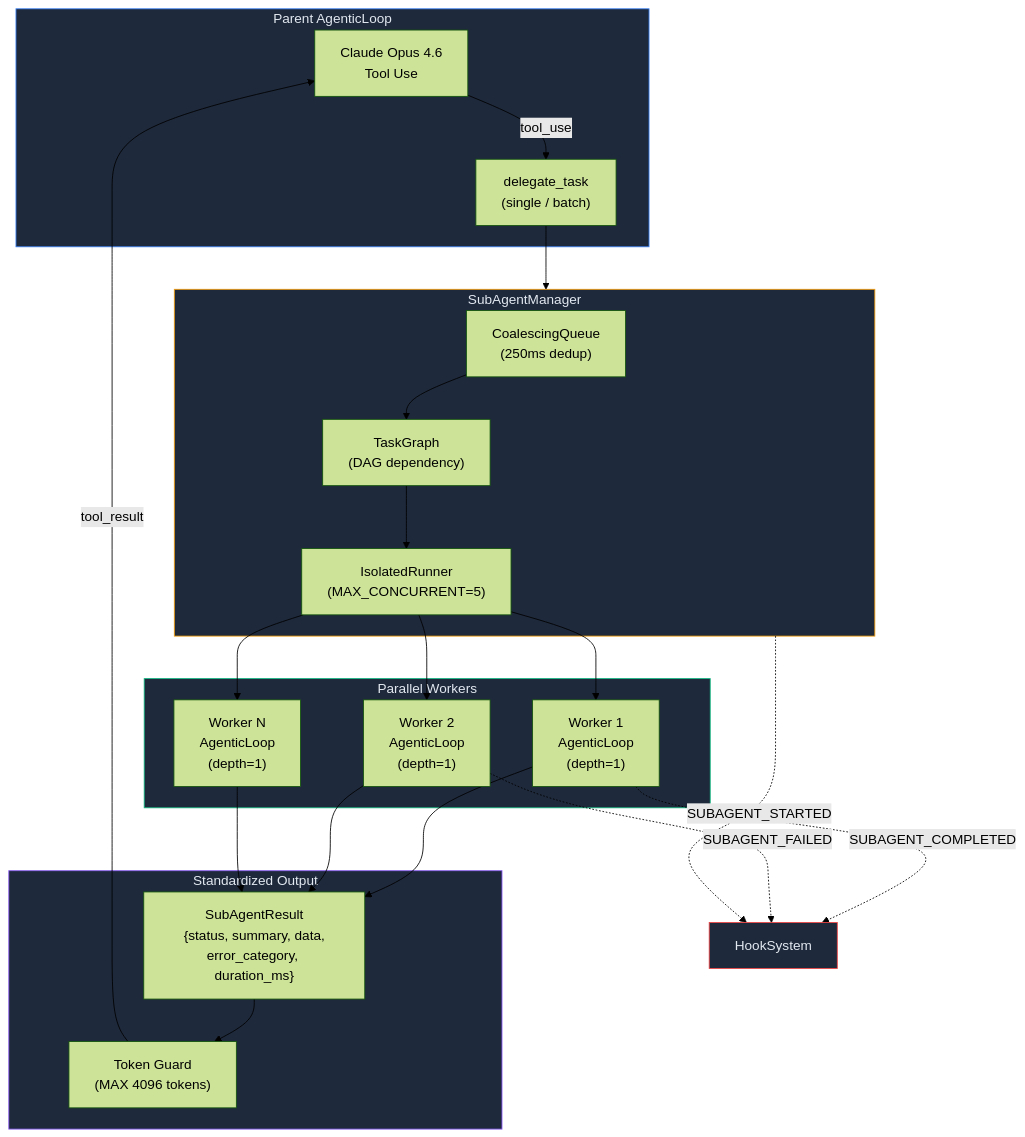
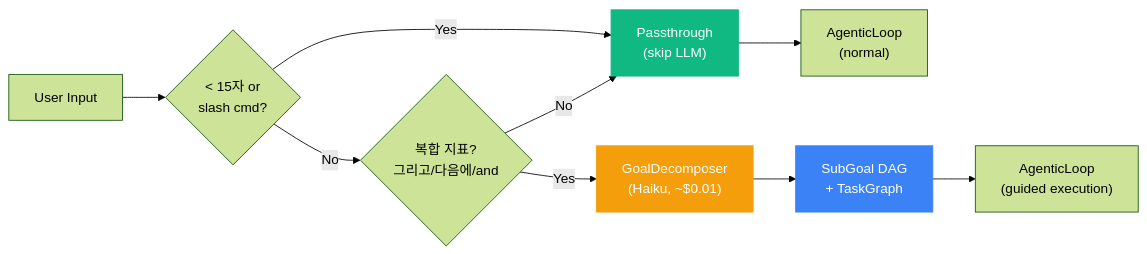
One commit to mangowhoiscloud/geode changed the third of 11 diagrams in README.md. Above: the diagram before and after it, drawn with Mermaid (forest theme). The commit also changed other lines of this file, not shown here.

````diff
--- a/README.md
+++ b/README.md
@@ -272,47 +180,15 @@
 ```mermaid
-graph TB
-    subgraph Parent["Parent AgenticLoop"]
-        LLM["Claude Opus 4.6<br/>Tool Use"]
-        DT["delegate_task<br/>(single / batch)"]
-    end
+graph LR
+    Input["User Input"] --> Simple{"< 15자 or<br/>slash cmd?"}
+    Simple -->|Yes| Pass["Passthrough<br/>(skip LLM)"]
+    Simple -->|No| Compound{"복합 지표?<br/>그리고/다음에/and"}
+    Compound -->|No| Pass
+    Compound -->|Yes| LLM["GoalDecomposer<br/>(Haiku, ~$0.01)"]
+    LLM --> DAG["SubGoal DAG<br/>+ TaskGraph"]
+    DAG --> Loop["AgenticLoop<br/>(guided execution)"]
+    Pass --> Loop2["AgenticLoop<br/>(normal)"]
 
-    subgraph SAM["SubAgentManager"]
-        CQ["CoalescingQueue<br/>(250ms dedup)"]
-        TG["TaskGraph<br/>(DAG dependency)"]
-        IR["IsolatedRunner<br/>(MAX_CONCURRENT=5)"]
-    end
-
-    subgraph Workers["Parallel Workers"]
-        W1["Worker 1<br/>AgenticLoop<br/>(depth=1)"]
-        W2["Worker 2<br/>AgenticLoop<br/>(depth=1)"]
-        W3["Worker N<br/>AgenticLoop<br/>(depth=1)"]
-    end
-
-    subgraph Result["Standardized Output"]
-        SR["SubAgentResult<br/>{status, summary, data,<br/>error_category, duration_ms}"]
-        TGD["Token Guard<br/>(MAX 4096 tokens)"]
-    end
-
-    LLM -->|tool_use| DT
-    DT --> SAM
-    CQ --> TG
-    TG --> IR
-    IR --> W1
-    IR --> W2
-    IR --> W3
-    W1 --> SR
-    W2 --> SR
-    W3 --> SR
-    SR --> TGD
-    TGD -->|tool_result| LLM
-
-    SAM -.->|SUBAGENT_STARTED| HS["HookSystem"]
-    W1 -.->|SUBAGENT_COMPLETED| HS
-    W2 -.->|SUBAGENT_FAILED| HS
-
-    style Parent fill:#1e293b,stroke:#3b82f6,color:#e2e8f0
-    style SAM fill:#1e293b,stroke:#f59e0b,color:#e2e8f0
-    style Workers fill:#1e293b,stroke:#10b981,color:#e2e8f0
-    style Result fill:#1e293b,stroke:#8b5cf6,color:#e2e8f0
-    style HS fill:#1e293b,stroke:#ef4444,color:#e2e8f0
+    style LLM fill:#f59e0b,stroke:#f59e0b,color:#fff
+    style Pass fill:#10b981,stroke:#10b981,color:#fff
+    style DAG fill:#3b82f6,stroke:#3b82f6,color:#fff
 ```
````
